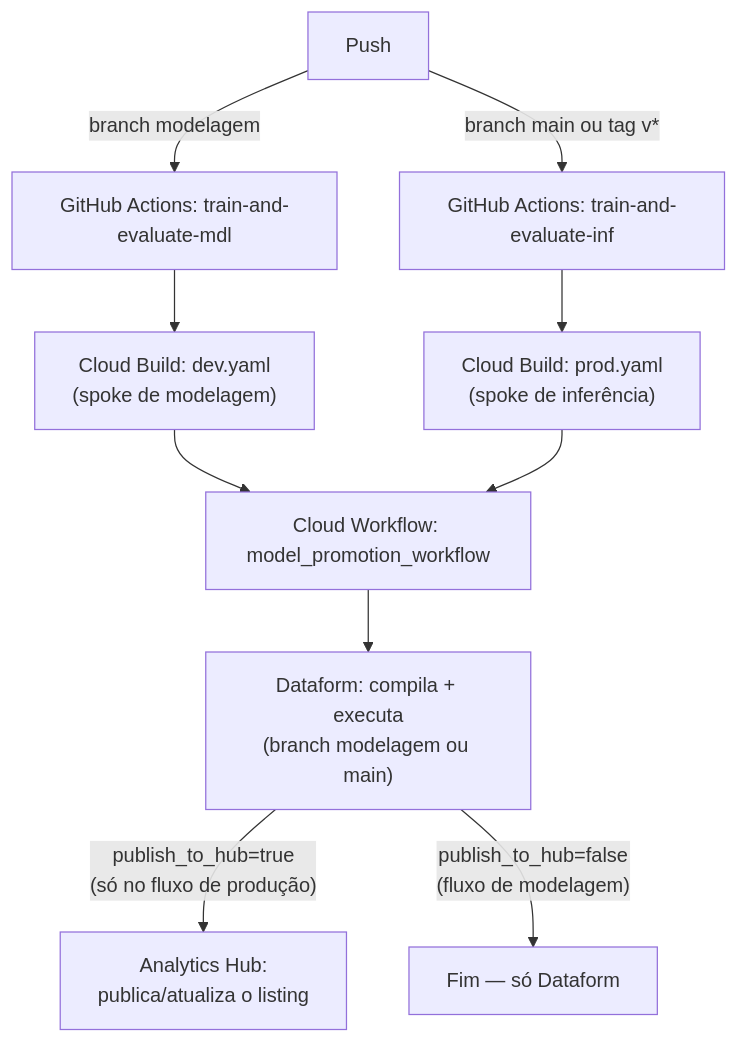
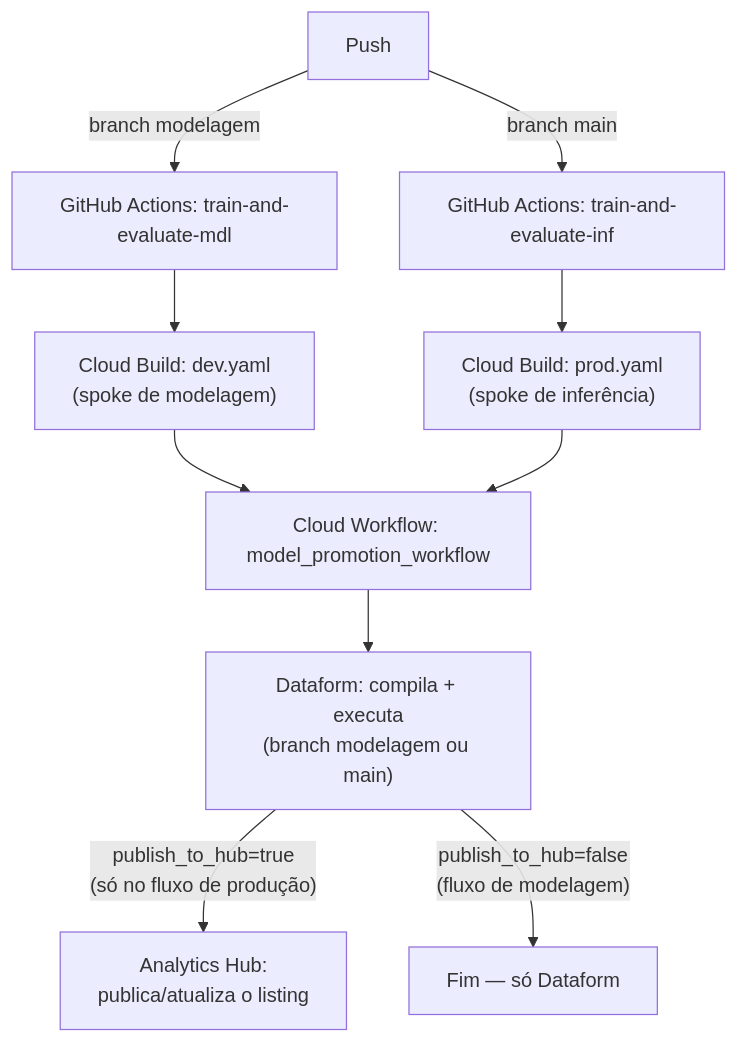
The diagram in hub-and-spoke-data-flow/template/README.md (mattheusamericano/terraform), drawn with Mermaid before and after one commit. The commit also changed other lines of this file and 6 other files, not shown here.

````diff
--- a/hub-and-spoke-data-flow/template/README.md
+++ b/hub-and-spoke-data-flow/template/README.md
@@ -9,15 +9,15 @@
 ```mermaid
 flowchart TD
     A["Push"] -->|"branch modelagem"| B["GitHub Actions: train-and-evaluate-mdl"]
-    A -->|"branch main ou tag v*"| C["GitHub Actions: train-and-evaluate-inf"]
+    A -->|"branch main"| C["GitHub Actions: train-and-evaluate-inf"]
 
     B --> D["Cloud Build: dev.yaml\n(spoke de modelagem)"]
     C --> E["Cloud Build: prod.yaml\n(spoke de inferência)"]
 
     D --> F["Cloud Workflow: model_promotion_workflow"]
     E --> F
 
     F --> G["Dataform: compila + executa\n(branch modelagem ou main)"]
     G -->|"publish_to_hub=true\n(só no fluxo de produção)"| H["Analytics Hub:\npublica/atualiza o listing"]
     G -->|"publish_to_hub=false\n(fluxo de modelagem)"| I["Fim — só Dataform"]
 ```
````
